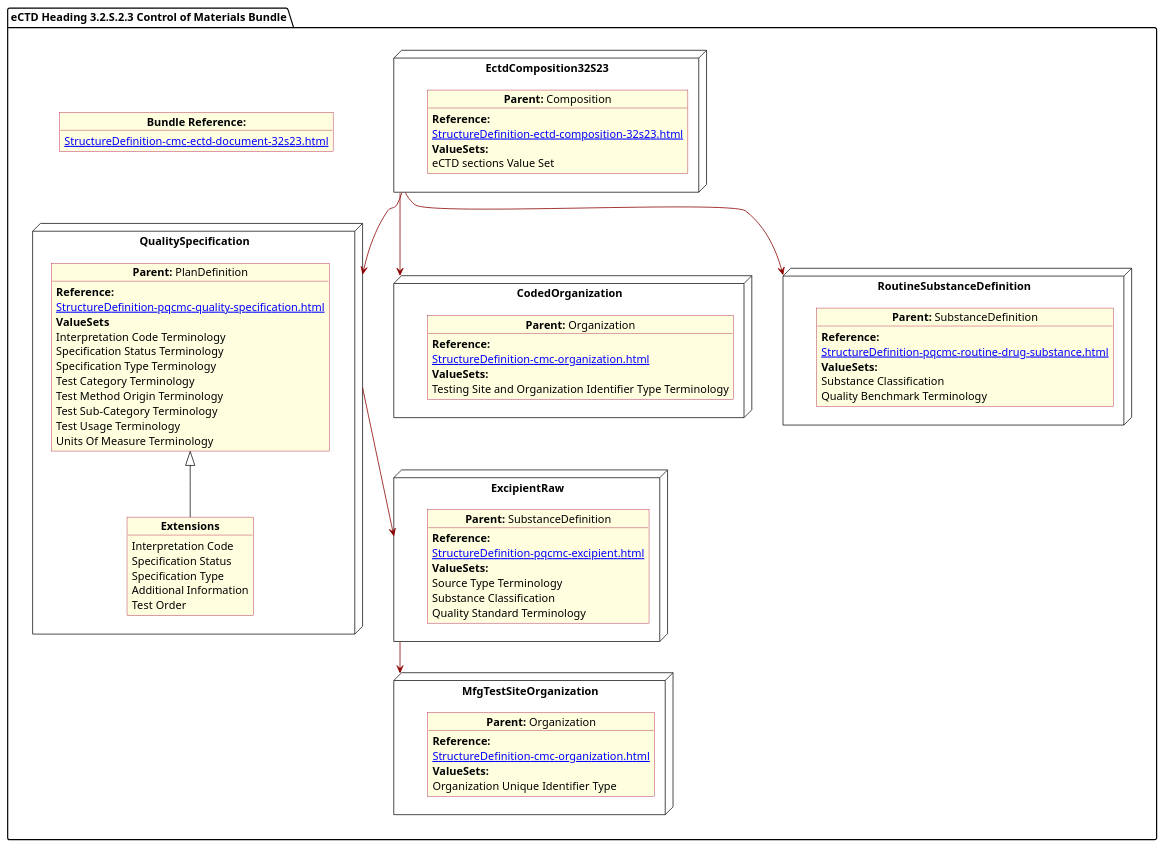
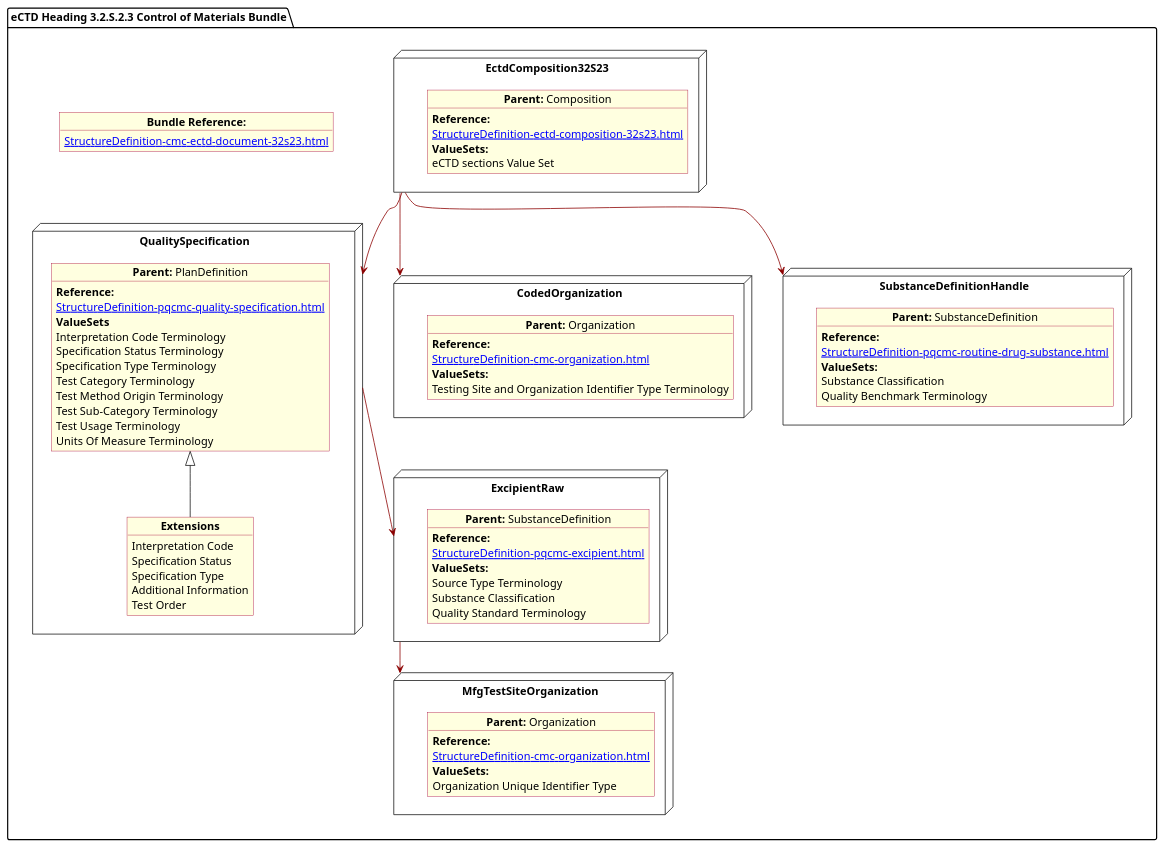
Before and after one commit to HL7/FHIR-us-pq-cmc-fda: the diagram in input/images-source/SubstanceControlMat.plantuml, drawn with PlantUML. The commit also changed 21 other files, not shown here.

```diff
--- a/input/images-source/SubstanceControlMat.plantuml
+++ b/input/images-source/SubstanceControlMat.plantuml
@@ -1,97 +1,97 @@
 @startuml SubstanceControlMat
 allowmixing
 'Mixed model of use case and object
 skinparam svgDimensionStyle false
 skinparam ObjectBackgroundColor LightYellow
 skinparam ObjectBorderColor #A80036
 skinparam activityDiamondBorderColor #A80036
 skinparam activityDiamondBackgroundColor lawnGreen
 skinparam ClassBorderThickness 4
 
 package "eCTD Heading 3.2.S.2.3 Control of Materials Bundle" as NODES {
     object "**Bundle Reference:**" as objbun {
         [[StructureDefinition-cmc-ectd-document-32s23.html]]
     }
 
     node "QualitySpecification" as N2 {
 
         object "**Parent:** PlanDefinition" as obj2 {
             **Reference:**
             [[StructureDefinition-pqcmc-quality-specification.html]]
             **ValueSets**
             Interpretation Code Terminology
             Specification Status Terminology
             Specification Type Terminology
             Test Category Terminology
             Test Method Origin Terminology
             Test Sub-Category Terminology
             Test Usage Terminology
             Units Of Measure Terminology
         }
         object "**Extensions**" as objQSEx {
             Interpretation Code
             Specification Status
             Specification Type
             Additional Information
             Test Order
         }
         obj2 <|-- objQSEx
     }
     node "EctdComposition32S23" as N1 {
 
         object "**Parent:** Composition" as obj1 {
             **Reference:**
             [[StructureDefinition-ectd-composition-32s23.html]]
             **ValueSets:**
             eCTD sections Value Set
         }
     }
 
     node "CodedOrganization" as NSO {
 
         object "**Parent:** Organization" as objAu {
             **Reference:**
             [[StructureDefinition-cmc-organization.html]]
             **ValueSets:**
             Testing Site and Organization Identifier Type Terminology
         }
     }
 
     node "ExcipientRaw" as N21 {
 
         object "**Parent:** SubstanceDefinition" as obj22 {
             **Reference:**
             [[StructureDefinition-pqcmc-excipient.html]]
             **ValueSets:**
             Source Type Terminology
             Substance Classification
             Quality Standard Terminology
         }
     }
     node "MfgTestSiteOrganization" as N21mfg {
 
         object "**Parent:** Organization" as objTS  {
             **Reference:**
             [[StructureDefinition-cmc-organization.html]]
             **ValueSets:**
             Organization Unique Identifier Type
         }
     }
 
-  node "RoutineSubstanceDefinition" as NN { 
+  node "SubstanceDefinitionHandle" as NN { 
       object "**Parent:** SubstanceDefinition" as obj3 {
                    **Reference:**
       [[StructureDefinition-pqcmc-routine-drug-substance.html]]
                 **ValueSets:**
                 Substance Classification
                 Quality Benchmark Terminology
       }  
 }
 
     N1 -[#darkred]-> N2
     N2 -[#darkred]-> N21
     N1 -[#darkred]-> NSO
     N1 -[#darkred]-> NN
     N21 -[#darkred]-> N21mfg
 }
 @enduml
```
